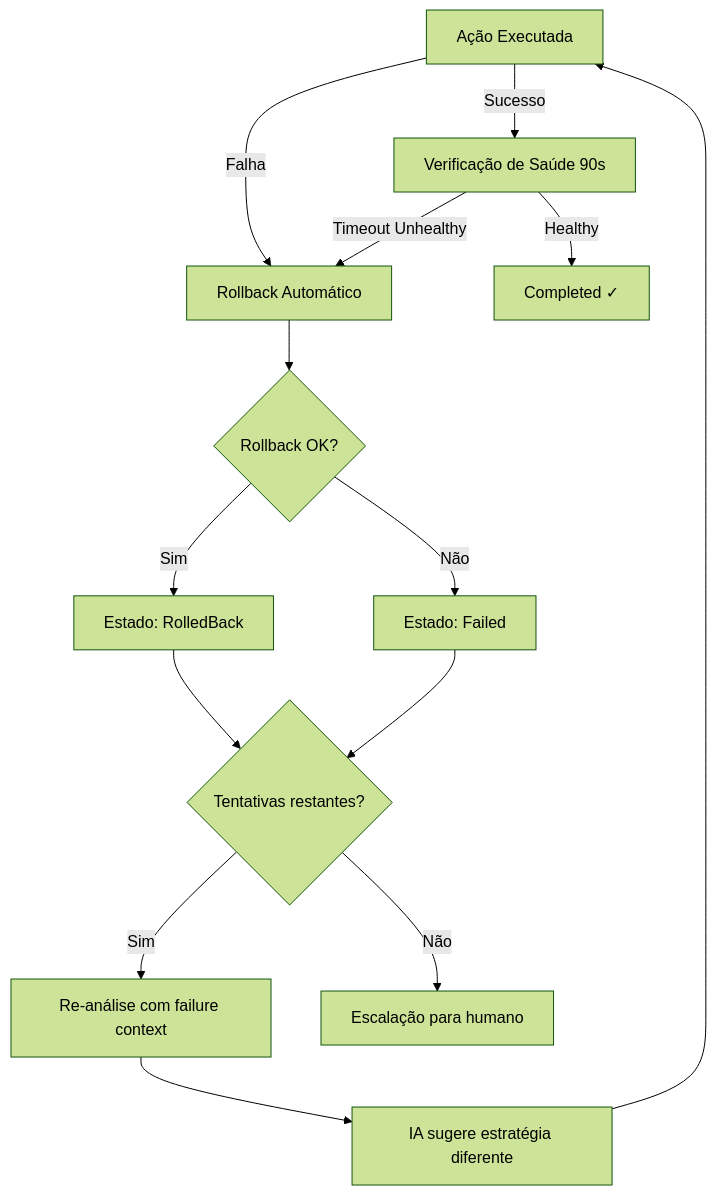
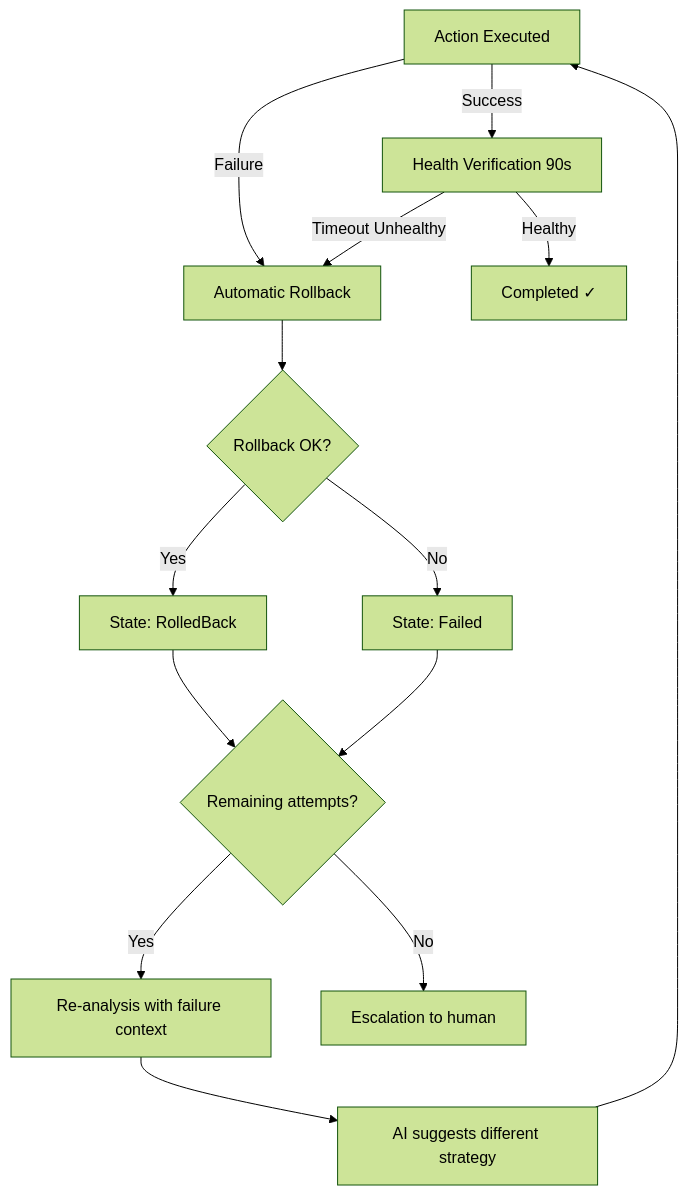
The third of 3 diagrams in features/k8s-operator.mdx (diillson/chatcli.ai), drawn with Mermaid (forest theme) before and after one commit. The commit also changed other lines of this file and 500 other files, not shown here.

````diff
--- a/features/k8s-operator.mdx
+++ b/features/k8s-operator.mdx
@@ -890,16 +878,16 @@
 ```mermaid
 flowchart TD
-    A[Ação Executada] -->|Falha| B[Rollback Automático]
-    A -->|Sucesso| C[Verificação de Saúde 90s]
+    A[Action Executed] -->|Failure| B[Automatic Rollback]
+    A -->|Success| C[Health Verification 90s]
     C -->|Healthy| D[Completed ✓]
     C -->|Timeout Unhealthy| B
     B --> E{Rollback OK?}
-    E -->|Sim| F[Estado: RolledBack]
-    E -->|Não| G[Estado: Failed]
-    F --> H{Tentativas restantes?}
+    E -->|Yes| F[State: RolledBack]
+    E -->|No| G[State: Failed]
+    F --> H{Remaining attempts?}
     G --> H
-    H -->|Sim| I[Re-análise com failure context]
-    H -->|Não| J[Escalação para humano]
-    I --> K[IA sugere estratégia diferente]
+    H -->|Yes| I[Re-analysis with failure context]
+    H -->|No| J[Escalation to human]
+    I --> K[AI suggests different strategy]
     K --> A
 ```
````
